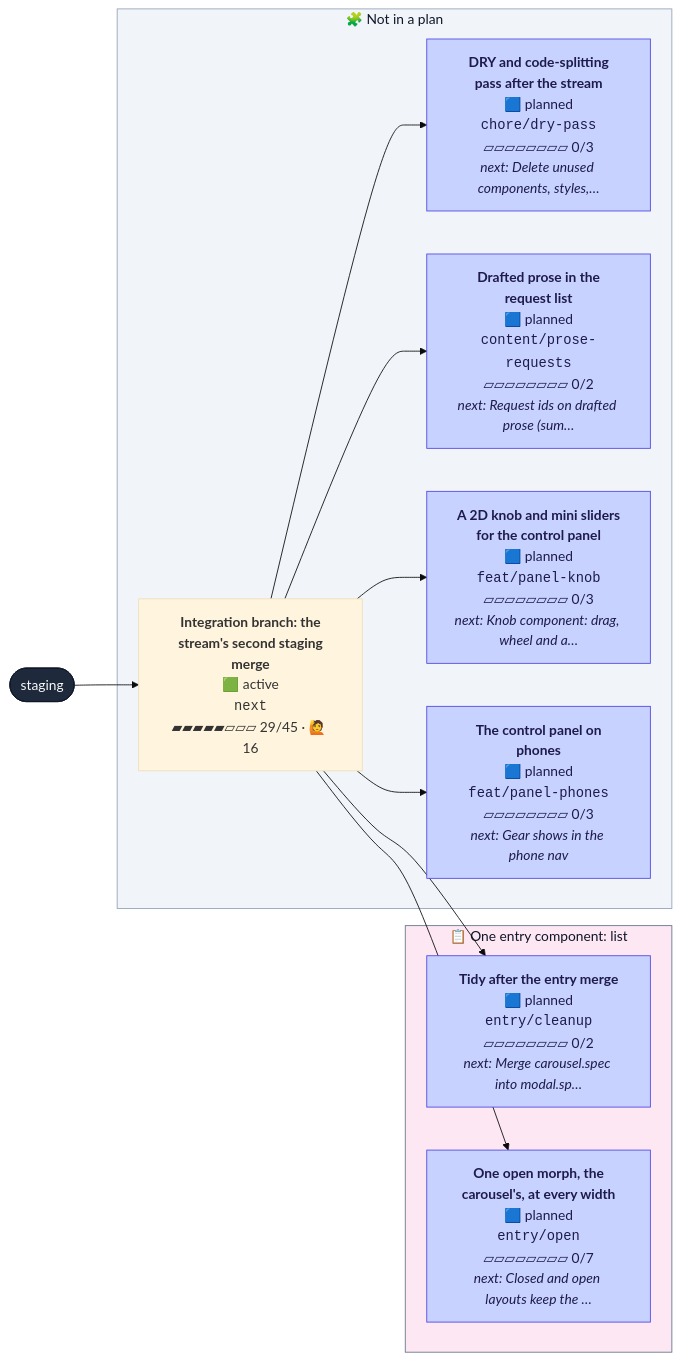
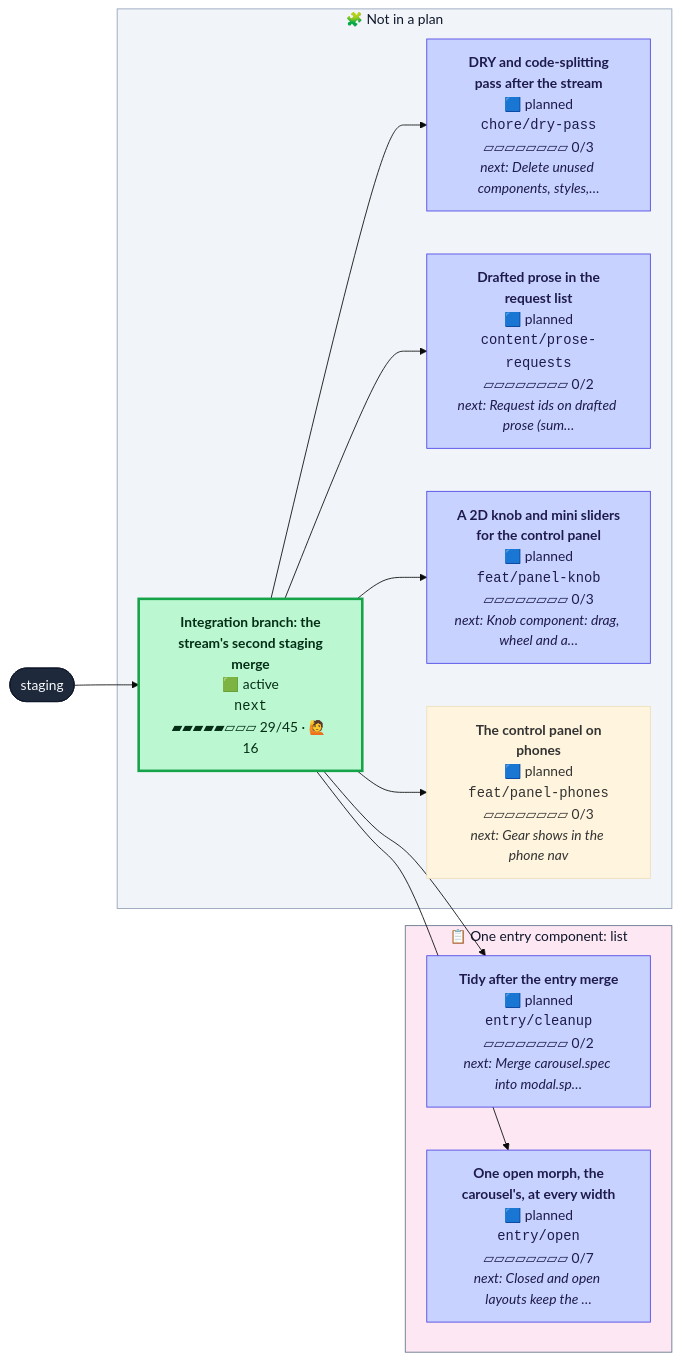
Before and after one commit to henryjonescodes/portfolio: the second of 2 diagrams in CONTRIBUTING.md, drawn with Mermaid (base theme). The commit also changed other lines of this file, not shown here.

````diff
--- a/CONTRIBUTING.md
+++ b/CONTRIBUTING.md
@@ -51,41 +51,41 @@
 ```mermaid
 flowchart LR
   n_staging([staging])
   class n_staging trunk
   subgraph plan_1["📋 One entry component: list"]
     n_entry_cleanup["<b>Tidy after the entry merge</b><br/>🟦 planned<br/><code>entry/cleanup</code><br/>▱▱▱▱▱▱▱▱ 0/2<br/><i>next: Merge carousel.spec into modal.sp…</i>"]
     class n_entry_cleanup planned
     n_entry_open["<b>One open morph, the<br/>carousel's, at every width</b><br/>🟦 planned<br/><code>entry/open</code><br/>▱▱▱▱▱▱▱▱ 0/7<br/><i>next: Closed and open layouts keep the …</i>"]
     class n_entry_open planned
   end
   style plan_1 fill:#fce7f3,stroke:#64748b,color:#0f172a
   subgraph loose["🧩 Not in a plan"]
     n_chore_dry_pass["<b>DRY and code-splitting<br/>pass after the stream</b><br/>🟦 planned<br/><code>chore/dry-pass</code><br/>▱▱▱▱▱▱▱▱ 0/3<br/><i>next: Delete unused components, styles,…</i>"]
     class n_chore_dry_pass planned
     n_content_prose_requests["<b>Drafted prose in the<br/>request list</b><br/>🟦 planned<br/><code>content/prose-requests</code><br/>▱▱▱▱▱▱▱▱ 0/2<br/><i>next: Request ids on drafted prose (sum…</i>"]
     class n_content_prose_requests planned
     n_feat_panel_knob["<b>A 2D knob and mini sliders<br/>for the control panel</b><br/>🟦 planned<br/><code>feat/panel-knob</code><br/>▱▱▱▱▱▱▱▱ 0/3<br/><i>next: Knob component: drag, wheel and a…</i>"]
     class n_feat_panel_knob planned
     n_feat_panel_phones["<b>The control panel on<br/>phones</b><br/>🟦 planned<br/><code>feat/panel-phones</code><br/>▱▱▱▱▱▱▱▱ 0/3<br/><i>next: Gear shows in the phone nav</i>"]
-    class n_feat_panel_phones planned
+    class n_feat_panel_phones planned,current
     n_next["<b>Integration branch: the<br/>stream's second staging<br/>merge</b><br/>🟩 active<br/><code>next</code><br/>▰▰▰▰▰▱▱▱ 29/45 · 🙋 16"]
-    class n_next active,current
+    class n_next active
   end
   style loose fill:#f1f5f9,stroke:#94a3b8,color:#0f172a
   n_next --> n_chore_dry_pass
   n_next --> n_content_prose_requests
   n_next --> n_entry_cleanup
   n_next --> n_entry_open
   n_next --> n_feat_panel_knob
   n_next --> n_feat_panel_phones
   n_staging --> n_next
   classDef merged fill:#dcfce7,stroke:#16a34a,color:#052e16
   classDef todo fill:#ffffff,stroke:#94a3b8,stroke-dasharray:2 2,color:#334155
   classDef planned fill:#c7d2fe,stroke:#4f46e5,color:#1e1b4b
   classDef sketched fill:#f8fafc,stroke:#64748b,stroke-dasharray:4 3,color:#334155
   classDef active fill:#bbf7d0,stroke:#16a34a,stroke-width:3px,color:#052e16
   classDef review fill:#fde68a,stroke:#d97706,stroke-width:3px,color:#451a03
   classDef blocked fill:#fecaca,stroke:#dc2626,stroke-width:3px,color:#450a0a
   classDef trunk fill:#1e293b,stroke:#0f172a,color:#f8fafc
   classDef current stroke:#0ea5e9,stroke-width:5px
 ```
````
